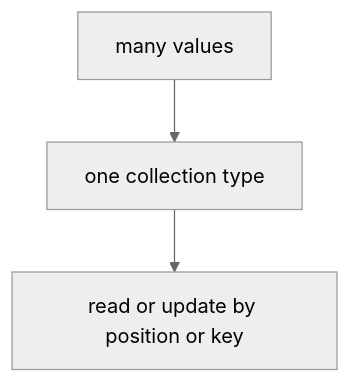
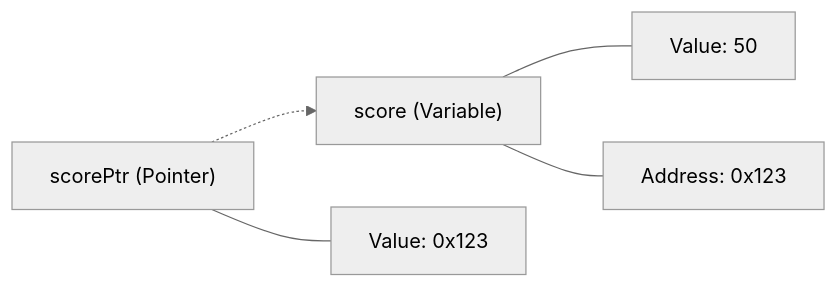
The diagram in 02-language-basics/04-data-structures/4-pointers/README.md (rasel9t6/the-go-engineer), drawn with Mermaid (neutral theme) before and after one commit. The commit also changed other lines of this file and 36 other files, not shown here.

````diff
--- a/02-language-basics/04-data-structures/4-pointers/README.md
+++ b/02-language-basics/04-data-structures/4-pointers/README.md
@@ -29,5 +25,7 @@
 ```mermaid
-graph TD
-    A["many values"] --> B["one collection type"]
-    B --> C["read or update by position or key"]
+graph LR
+    A["score (Variable)"] --- B["Value: 50"]
+    A --- C["Address: 0x123"]
+    D["scorePtr (Pointer)"] --- E["Value: 0x123"]
+    D -.-> A
 ```
````
